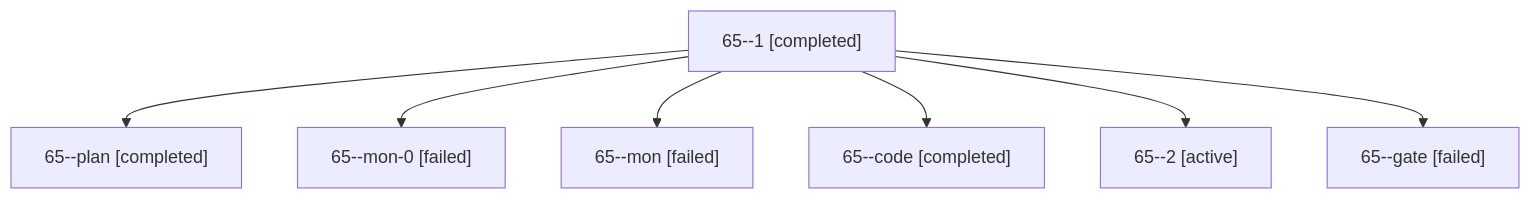
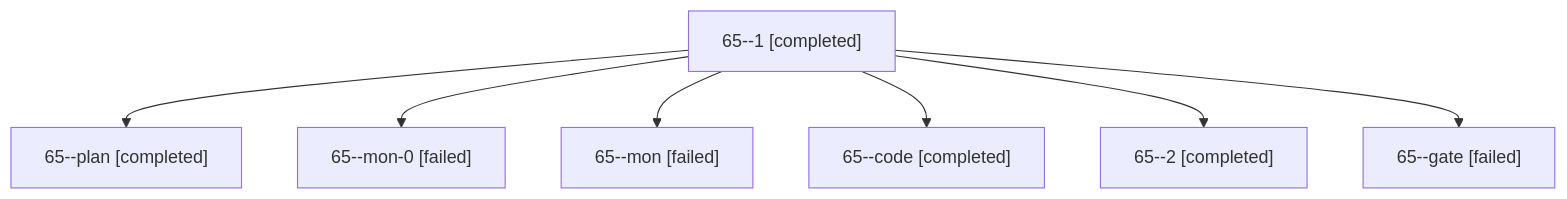
One commit to bobs-org/bob-cli--agents changed the diagram in sessions/bbugyi200.apollo.65.md. Above: the diagram before and after it, drawn with Mermaid. The commit also changed other lines of this file and 46 other files, not shown here.

````diff
--- a/sessions/bbugyi200.apollo.65.md
+++ b/sessions/bbugyi200.apollo.65.md
@@ -9,16 +9,16 @@
 ```mermaid
 flowchart TD
   n0["65--1 [completed]"]
   n1["65--plan [completed]"]
   n0 --> n1
   n2["65--mon-0 [failed]"]
   n0 --> n2
   n3["65--mon [failed]"]
   n0 --> n3
   n4["65--code [completed]"]
   n0 --> n4
-  n5["65--2 [active]"]
+  n5["65--2 [completed]"]
   n0 --> n5
   n6["65--gate [failed]"]
   n0 --> n6
 ```
````
